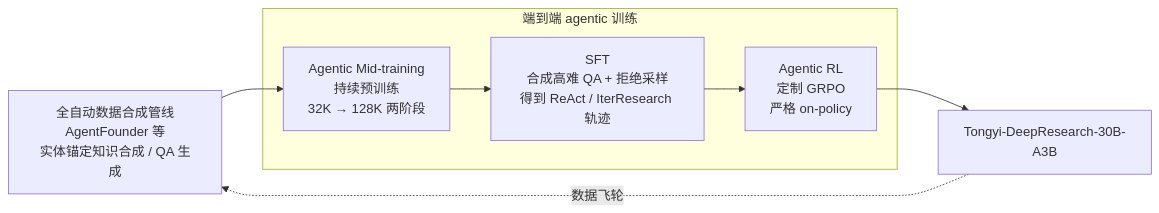
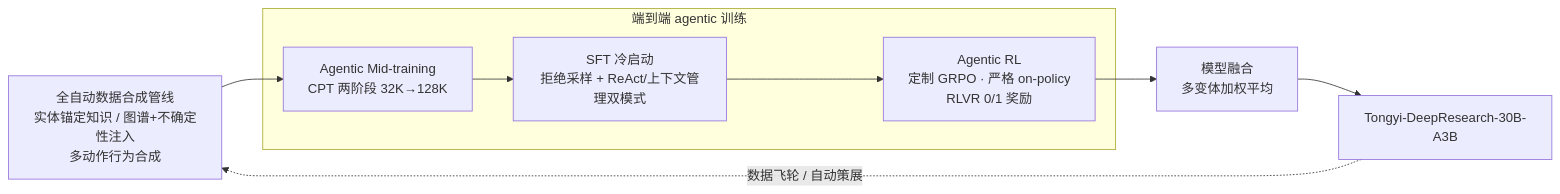
The diagram in docs/agent/deep-research/tongyi-deepresearch.md (zhoujx4/llm-atlas), drawn with Mermaid before and after one commit. The commit also changed other lines of this file and 156 other files, not shown here.

First line of the commit message:
docs: 论文页按规范批量重排+配图，新增 Harness 工程演进四页

````diff
--- a/docs/agent/deep-research/tongyi-deepresearch.md
+++ b/docs/agent/deep-research/tongyi-deepresearch.md
@@ -29,10 +125,10 @@
 ```mermaid
 flowchart LR
-    SYN[全自动数据合成管线<br/>AgentFounder 等<br/>实体锚定知识合成 / QA 生成] --> MT
+    SYN[全自动数据合成管线<br/>实体锚定知识 / 图谱+不确定性注入<br/>多动作行为合成] --> MT
     subgraph PIPE[端到端 agentic 训练]
-        MT[Agentic Mid-training<br/>持续预训练<br/>32K → 128K 两阶段] --> SFT[SFT<br/>合成高难 QA + 拒绝采样<br/>得到 ReAct / IterResearch 轨迹]
-        SFT --> RL[Agentic RL<br/>定制 GRPO<br/>严格 on-policy]
+        MT[Agentic Mid-training<br/>CPT 两阶段 32K→128K] --> SFT[SFT 冷启动<br/>拒绝采样 + ReAct/上下文管理双模式]
+        SFT --> RL[Agentic RL<br/>定制 GRPO · 严格 on-policy<br/>RLVR 0/1 奖励]
     end
-    RL --> M[Tongyi-DeepResearch-30B-A3B]
-    M -.数据飞轮.-> SYN
+    RL --> MERGE[模型融合<br/>多变体加权平均] --> M[Tongyi-DeepResearch-30B-A3B]
+    M -.数据飞轮 / 自动策展.-> SYN
 ```
````
